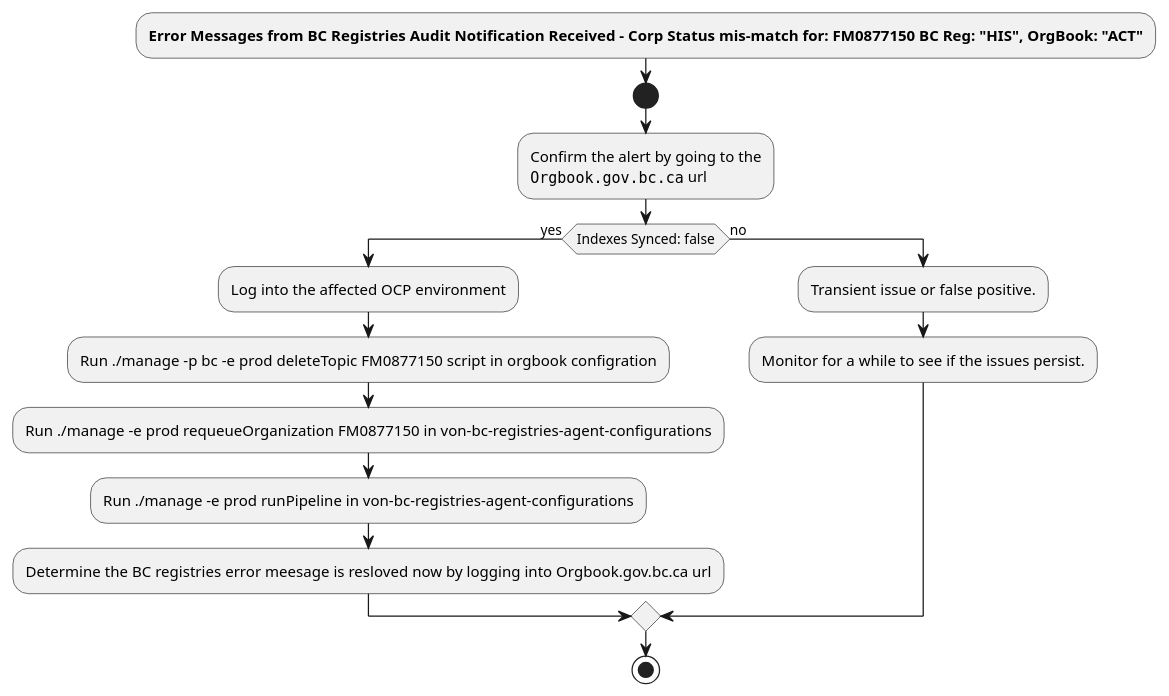
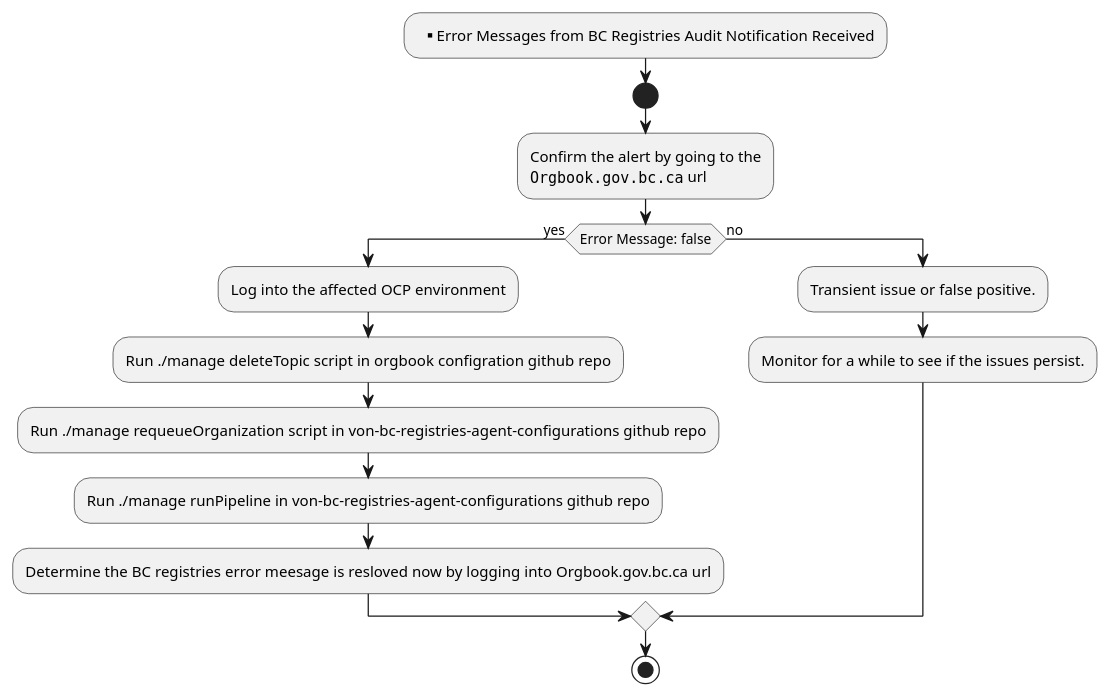
One commit to bcgov/DITP-DevOps changed the diagram in docs/diagrams/bc-registries-audit-decision-tree.puml. Above: the diagram before and after it, drawn with PlantUML. The commit also changed 3 other files, not shown here.

Commit message:
Adding bc-registries-audit-decision-tree.puml, bc-registries-audit-notification-workflow.md bc-registries-audit-notification.png

```diff
--- a/docs/diagrams/bc-registries-audit-decision-tree.puml
+++ b/docs/diagrams/bc-registries-audit-decision-tree.puml
@@ -1,18 +1,18 @@
 @startuml
 
-:**Error Messages from BC Registries Audit Notification Received - Corp Status mis-match for: FM0877150 BC Reg: "HIS", OrgBook: "ACT"**;
+:**Error Messages from BC Registries Audit Notification Received;
 start
 :Confirm the alert by going to the 
 ""Orgbook.gov.bc.ca"" url;
-if (Indexes Synced: false) then (yes)
+if (Error Message: false) then (yes)
   :Log into the affected OCP environment;
-  :Run ./manage -p bc -e prod deleteTopic FM0877150 script in orgbook configration; 
-  :Run ./manage -e prod requeueOrganization FM0877150 in von-bc-registries-agent-configurations;
-  :Run ./manage -e prod runPipeline in von-bc-registries-agent-configurations;
+  :Run ./manage deleteTopic script in orgbook configration github repo; 
+  :Run ./manage requeueOrganization script in von-bc-registries-agent-configurations github repo;
+  :Run ./manage runPipeline in von-bc-registries-agent-configurations github repo;
   :Determine the BC registries error meesage is resloved now by logging into Orgbook.gov.bc.ca url;
 else (no)
     :Transient issue or false positive.;
     :Monitor for a while to see if the issues persist.;
 endif
 stop
 @enduml
```
